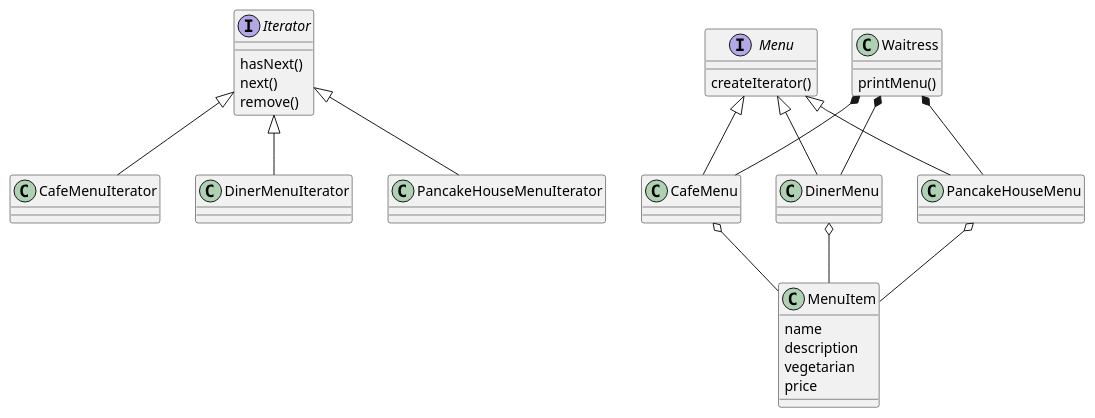
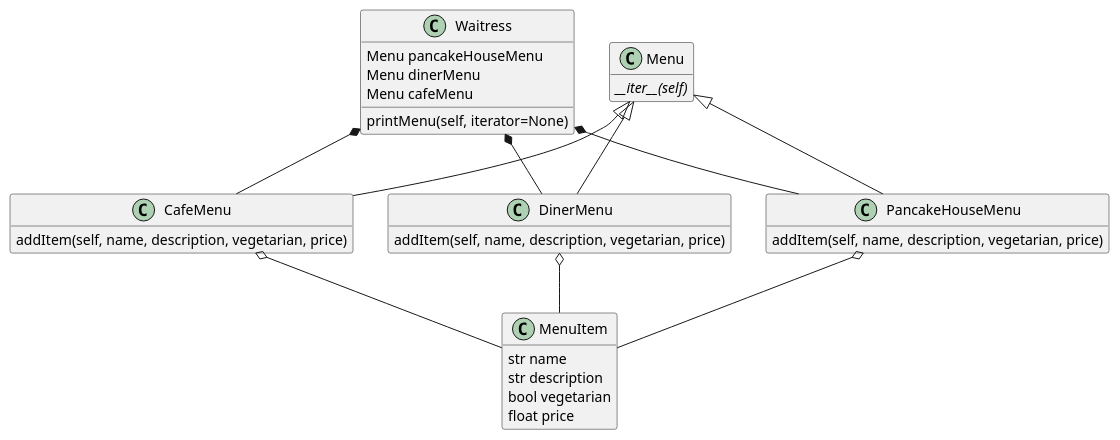
Before and after one commit to gama79530/DesignPattern: the diagram in 9_IteratorPattern/9_IteratorPattern.puml, drawn with PlantUML. The commit also changed 5 other files, not shown here.

```diff
--- a/9_IteratorPattern/9_IteratorPattern.puml
+++ b/9_IteratorPattern/9_IteratorPattern.puml
@@ -1,39 +1,47 @@
 @startuml
-interface Iterator{
-    hasNext()
-    next()
-    remove()
+
+hide empty members
+
+class Waitress{
+    Menu pancakeHouseMenu
+    Menu dinerMenu
+    Menu cafeMenu
+    printMenu(self, iterator=None)
 }
 
-interface Menu{
-    createIterator()
+class Menu{
+    {abstract} __iter__(self)
+}
+
+class CafeMenu{
+    addItem(self, name, description, vegetarian, price)
+}
+
+class DinerMenu{
+    addItem(self, name, description, vegetarian, price)
+}
+
+class PancakeHouseMenu{
+    addItem(self, name, description, vegetarian, price)
 }
 
 class MenuItem{
-    name
-    description
-    vegetarian
-    price
+    str name
+    str description
+    bool vegetarian
+    float price
 }
-
-class Waitress{
-    printMenu()
-}
-
-Iterator <|-- CafeMenuIterator
-Iterator <|-- DinerMenuIterator
-Iterator <|-- PancakeHouseMenuIterator
 
 Menu <|-- CafeMenu
 Menu <|-- DinerMenu
 Menu <|-- PancakeHouseMenu
 
 Waitress *-- CafeMenu
 Waitress *-- DinerMenu
 Waitress *-- PancakeHouseMenu
 
-
 CafeMenu o-- MenuItem
 DinerMenu o-- MenuItem
 PancakeHouseMenu o-- MenuItem
+
 @enduml
```
